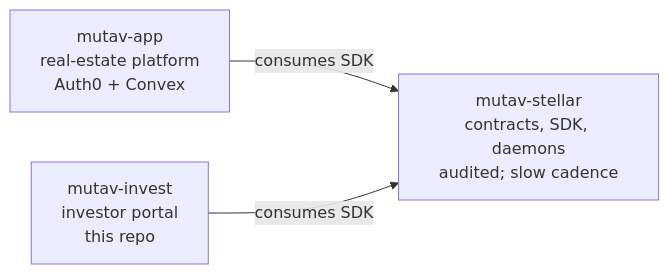
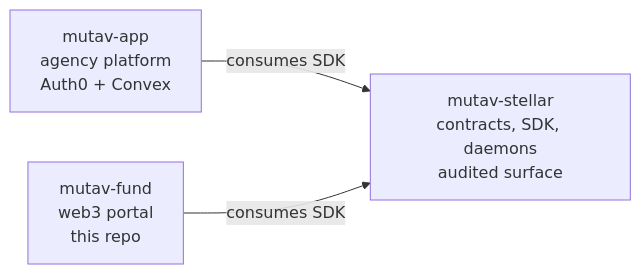
The diagram in README.md (mutav-finance/mutav-fund), drawn with Mermaid before and after one commit. The commit also changed other lines of this file and 5 other files, not shown here.

First line of the commit message:
chore: rename mutav-invest → mutav-fund + expand scope to fund mgmt (#6)

````diff
--- a/README.md
+++ b/README.md
@@ -18,8 +31,8 @@
 ```mermaid
 flowchart LR
-  STL[mutav-stellar<br/>contracts, SDK, daemons<br/>audited; slow cadence]
-  APP[mutav-app<br/>real-estate platform<br/>Auth0 + Convex]
-  INV[mutav-invest<br/>investor portal<br/>this repo]
+  STL[mutav-stellar<br/>contracts, SDK, daemons<br/>audited surface]
+  APP[mutav-app<br/>agency platform<br/>Auth0 + Convex]
+  FUND[mutav-fund<br/>web3 portal<br/>this repo]
   APP -->|consumes SDK| STL
-  INV -->|consumes SDK| STL
+  FUND -->|consumes SDK| STL
 ```
````
